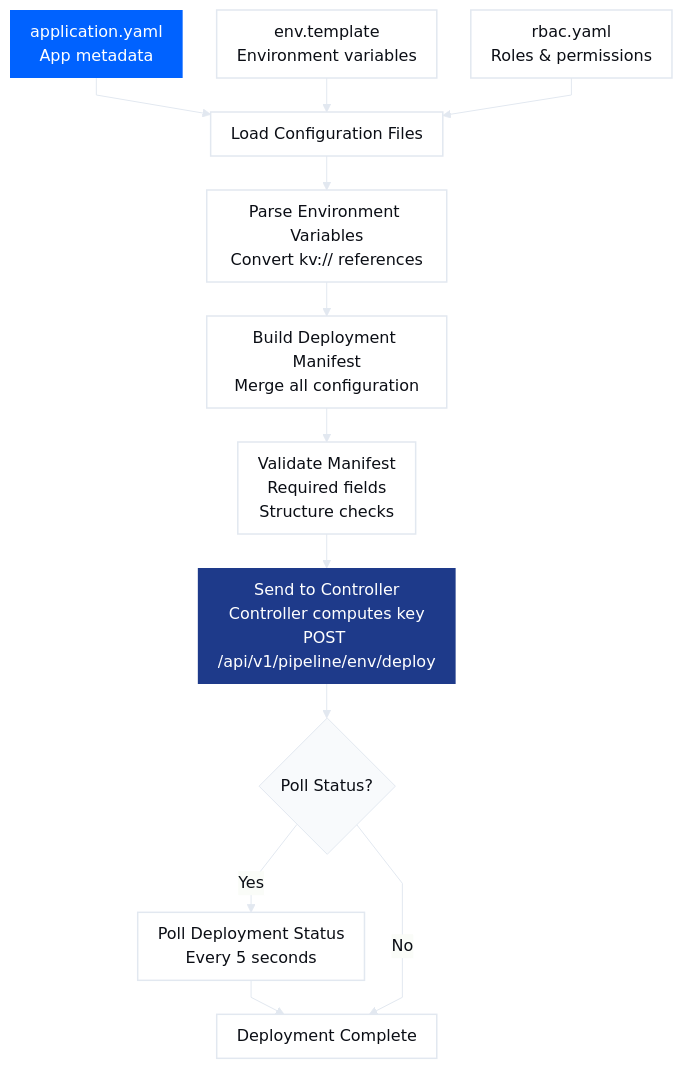
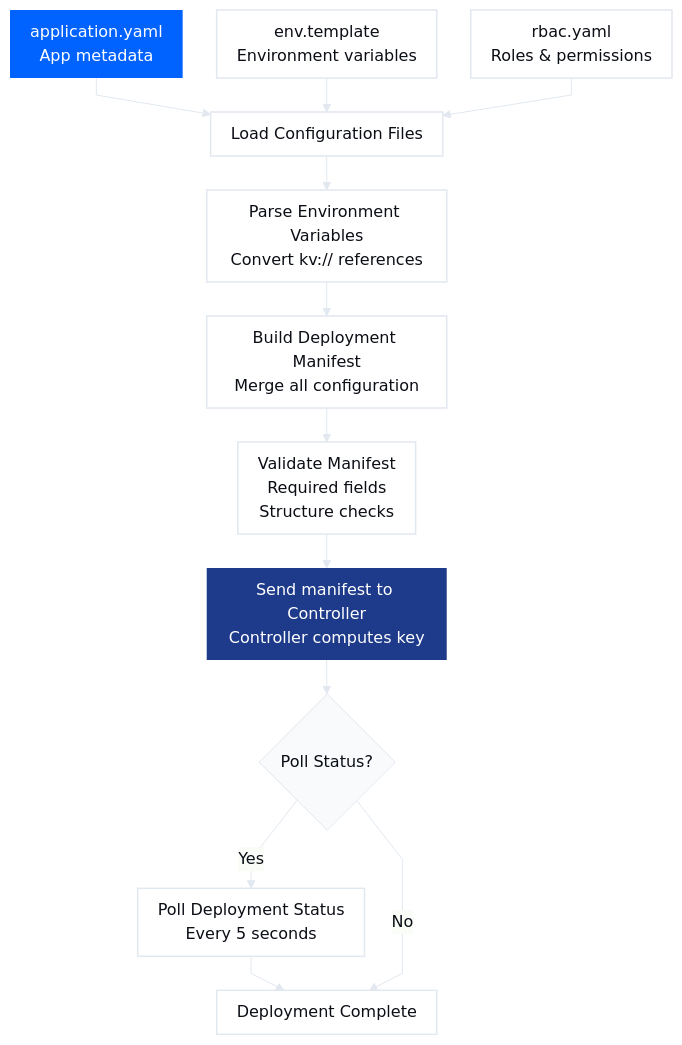
One commit to esystemsdev/aifabrix-builder changed the sixth of 7 diagrams in docs/deploying.md. Above: the diagram before and after it, drawn with Mermaid. The commit also changed other lines of this file and 9 other files, not shown here.

````diff
--- a/docs/deploying.md
+++ b/docs/deploying.md
@@ -993,48 +995,48 @@
 ```mermaid
 %%{init: {
   "theme": "base",
   "themeVariables": {
     "fontFamily": "Poppins, Arial Rounded MT Bold, Arial, sans-serif",
     "fontSize": "16px",
     "background": "#FFFFFF",
     "primaryColor": "#F8FAFC",
     "primaryTextColor": "#0B0E15",
     "primaryBorderColor": "#E2E8F0",
     "lineColor": "#E2E8F0",
     "textColor": "#0B0E15",
     "borderRadius": 16
   },
   "flowchart": {
     "curve": "linear",
     "nodeSpacing": 34,
     "rankSpacing": 34,
     "padding": 10
   }
 }}%%
 
 flowchart TD
 
 %% =======================
 %% Styles
 %% =======================
 classDef base fill:#FFFFFF,color:#0B0E15,stroke:#E2E8F0,stroke-width:1.5px;
 classDef medium fill:#1E3A8A,color:#ffffff,stroke-width:0px;
 classDef primary fill:#0062FF,color:#ffffff,stroke-width:0px;
 
 %% =======================
 %% Flow
 %% =======================
 Variables[application.yaml<br/>App metadata]:::primary --> Load[Load Configuration Files]:::base
 EnvTemplate[env.template<br/>Environment variables]:::base --> Load
 Rbac[rbac.yaml<br/>Roles & permissions]:::base --> Load
 
 Load --> Parse[Parse Environment Variables<br/>Convert kv:// references]:::base
 Parse --> Build[Build Deployment Manifest<br/>Merge all configuration]:::base
 Build --> Validate[Validate Manifest<br/>Required fields<br/>Structure checks]:::base
-Validate --> Send[Send to Controller<br/>Controller computes key<br/>POST /api/v1/pipeline/env/deploy]:::medium
+Validate --> Send[Send manifest to Controller<br/>Controller computes key]:::medium
 
 Send --> Poll{Poll Status?}
 Poll -->|Yes| PollStatus[Poll Deployment Status<br/>Every 5 seconds]:::base
 PollStatus --> Complete[Deployment Complete]:::base
 Poll -->|No| Complete
 ```
````
